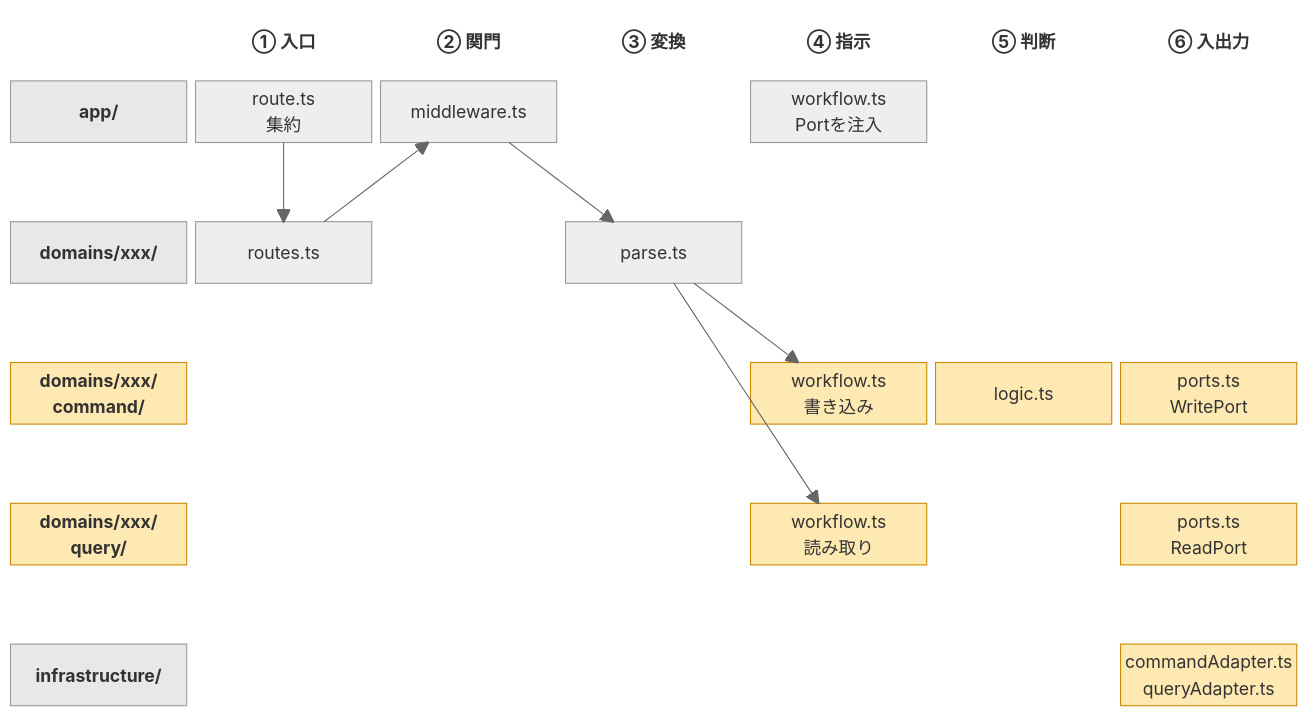
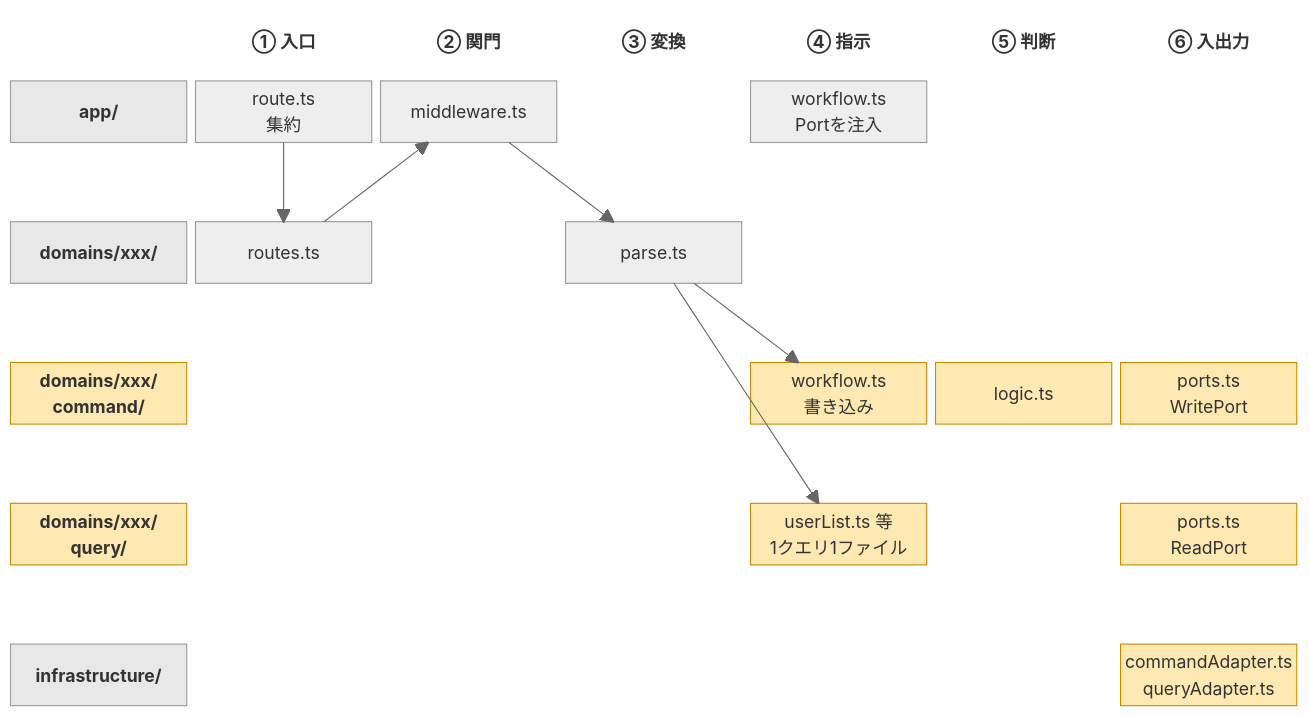
One commit to u83ism/slime-architecture-rules changed the tenth of 10 diagrams in docs/ja/Lv別アーキテクチャリファレンス.md. Above: the diagram before and after it, drawn with Mermaid (neutral theme). The commit also changed other lines of this file and 9 other files, not shown here.

First line of the commit message:
📝 文書間の食い違いを修正し、Lv10の query/ を1クエリ1ファイルに統一

````diff
--- a/docs/ja/Lv別アーキテクチャリファレンス.md
+++ b/docs/ja/Lv別アーキテクチャリファレンス.md
@@ -1379,26 +1382,26 @@
 ```mermaid
 block-beta
   columns 7
   corner[" "] h1["① 入口"] h2["② 関門"] h3["③ 変換"] h4["④ 指示"] h5["⑤ 判断"] h6["⑥ 入出力"]
   Lapp["app/"] route["route.ts<br>集約"] mw["middleware.ts"] space awf["workflow.ts<br>Portを注入"] space space
   space:7
   Ldom["domains/xxx/"] routes["routes.ts"] space parse["parse.ts"] space space space
   space:7
   Lcmd["domains/xxx/<br>command/"] space space space cwf["workflow.ts<br>書き込み"] clogic["logic.ts"] cports["ports.ts<br>WritePort"]
   space:7
-  Lqry["domains/xxx/<br>query/"] space space space qwf["workflow.ts<br>読み取り"] space qports["ports.ts<br>ReadPort"]
+  Lqry["domains/xxx/<br>query/"] space space space qwf["userList.ts 等<br>1クエリ1ファイル"] space qports["ports.ts<br>ReadPort"]
   space:7
   Linfra["infrastructure/"] space space space space space adapters["commandAdapter.ts<br>queryAdapter.ts"]
   route --> routes
   routes --> mw
   mw --> parse
   parse --> cwf
   parse --> qwf
   class Lapp,Ldom,Lcmd,Lqry,Linfra lane
   class Lcmd,Lqry,cwf,clogic,cports,qwf,qports,adapters new
 
   classDef head fill:none,stroke:none,font-weight:bold
   classDef lane fill:#e8e8e8,stroke:#999,color:#222,font-weight:bold
   classDef new fill:#ffe9b3,stroke:#c98a00,color:#222
   class corner,h1,h2,h3,h4,h5,h6 head
 ```
````
